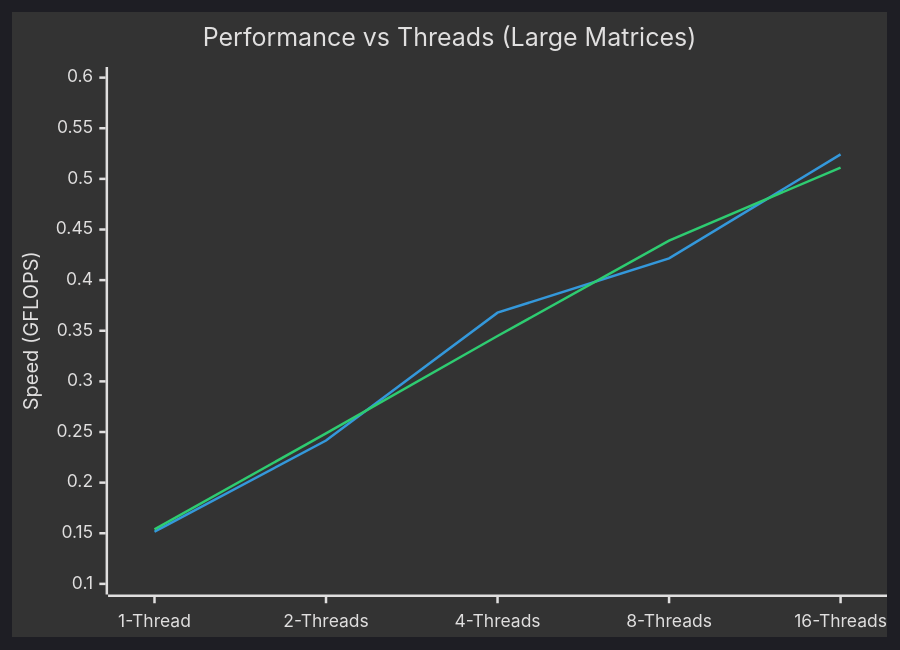
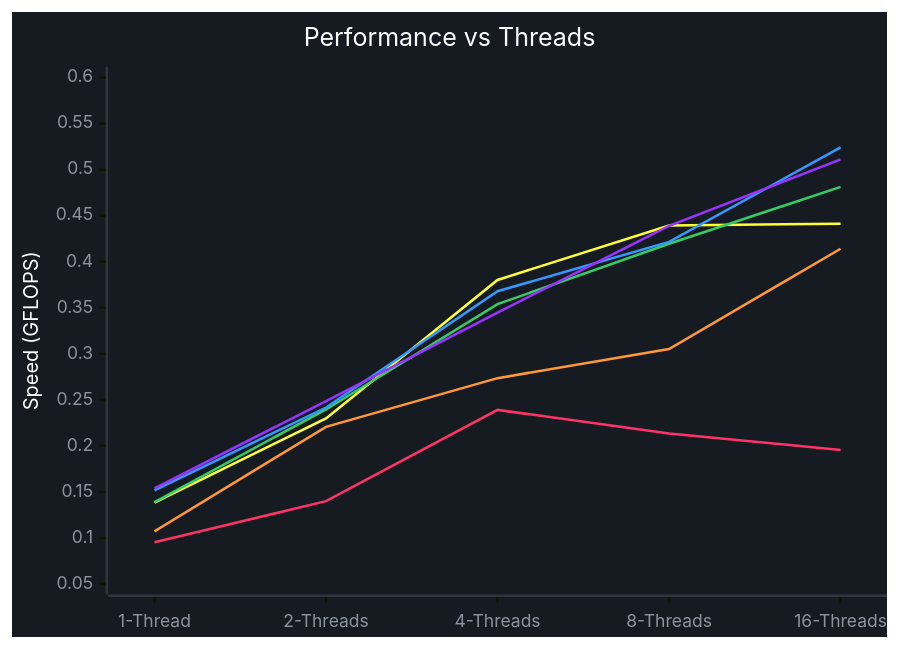
Before and after one commit to Mihailov-Sergey/-parallel-programming-2026: the diagram in lab_2/README.md, drawn with Mermaid. The commit also changed other lines of this file, not shown here.

Commit message:
Update README.md
update graph

````diff
--- a/lab_2/README.md
+++ b/lab_2/README.md
@@ -56,9 +56,28 @@
 ```mermaid
-%%{init: {'theme': 'dark'}}%%
+%%{init: {
+  'theme': 'base',
+  'themeVariables': {
+    'xyChart': {
+      'plotColorPalette': '#FF3366, #FF9933, #FFFF33, #33CC66, #3399FF, #9933FF',
+      'backgroundColor': '#161b22',
+      'titleColor': '#ffffff',
+      'xAxisLabelColor': '#8b949e',
+      'yAxisLabelColor': '#8b949e',
+      'xAxisTitleColor': '#ffffff',
+      'yAxisTitleColor': '#ffffff',
+      'xAxisLineColor': '#30363d',
+      'yAxisLineColor': '#30363d'
+    }
+  }
+}}%%
 xychart-beta
-    title "Performance vs Threads (Large Matrices)"
+    title "Performance vs Threads"
     x-axis [1-Thread, 2-Threads, 4-Threads, 8-Threads, 16-Threads]
-    y-axis "Speed (GFLOPS)" 0.100 --> 0.600
+    y-axis "Speed (GFLOPS)" 0.050 --> 0.600
+    line [0.0952, 0.1399, 0.2390, 0.2134, 0.1955]
+    line [0.1071, 0.2206, 0.2735, 0.3052, 0.4141]
+    line [0.1384, 0.2297, 0.3802, 0.4393, 0.4413]
+    line [0.1389, 0.2395, 0.3539, 0.4195, 0.4813]
     line [0.1515, 0.2416, 0.3679, 0.4215, 0.5242]
     line [0.1538, 0.2486, 0.3448, 0.4390, 0.5112]
 ```
````
